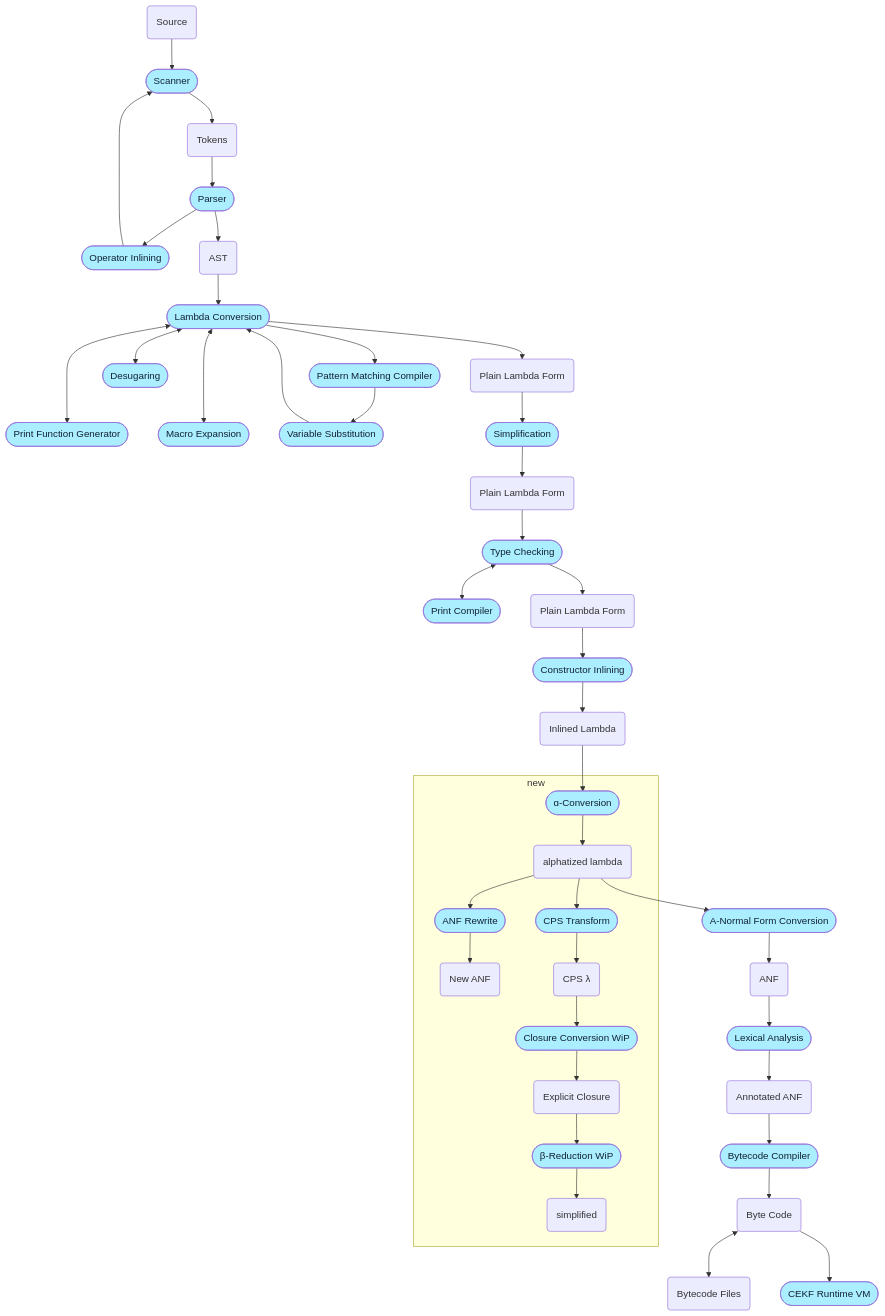
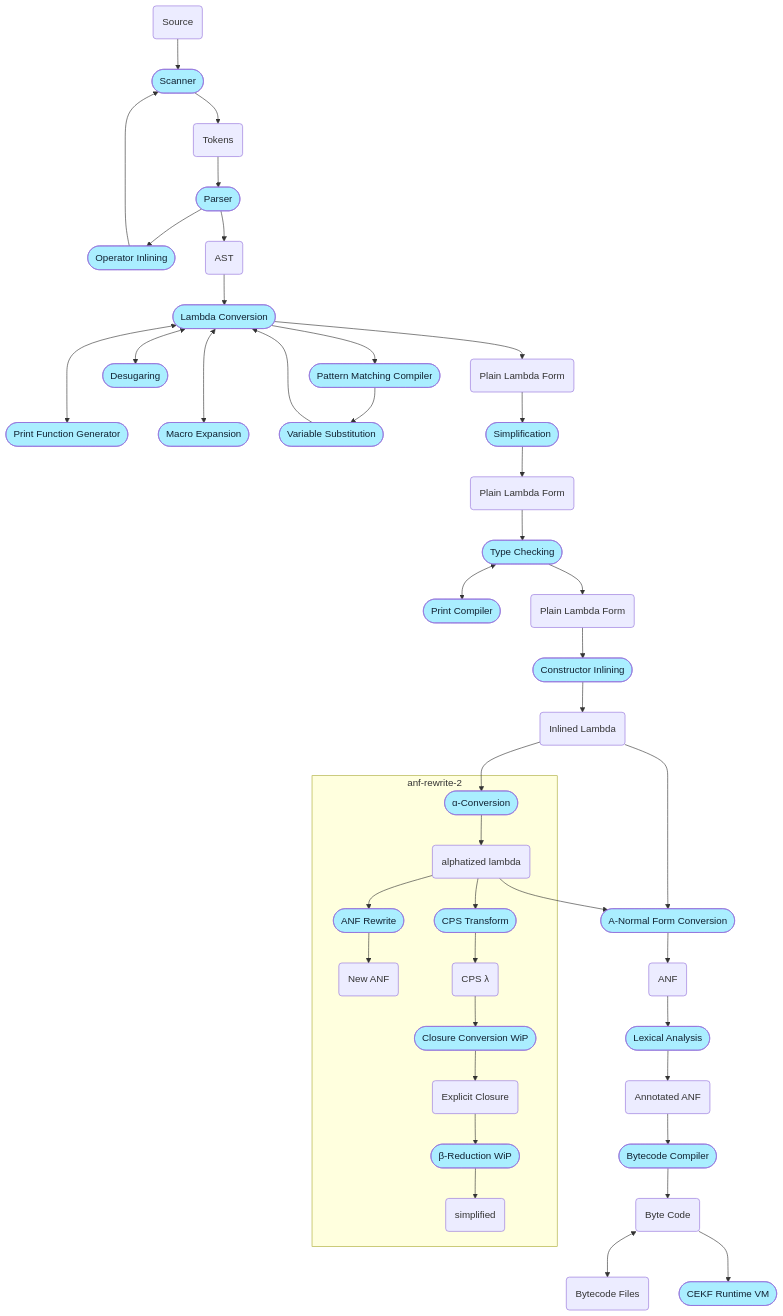
The diagram in README.md (billhails/CEKF), drawn with Mermaid before and after one commit. The commit also changed other lines of this file, not shown here.

````diff
--- a/README.md
+++ b/README.md
@@ -75,47 +75,48 @@
 ```mermaid
 flowchart TD
 classDef process fill:#aef,color:#123;
 source(Source) -->
 scanner([Scanner]):::process -->
 tokens(Tokens) -->
 parser([Parser]):::process
 parser --> oi([Operator Inlining]):::process
 oi --> scanner
 parser --> ast(AST) -->
 lc([Lambda Conversion]):::process --> tpmc([Pattern Matching Compiler]):::process
 lc <---> pg([Print Function Generator]):::process
 lc <---> me([Macro Expansion]):::process
 tpmc --> vs([Variable Substitution]):::process
 vs --> lc
 lc <--> des([Desugaring]):::process
 lc --> lambda0(Plain Lambda Form)
 lambda0 --> sim([Simplification]):::process
 sim --> lambda1(Plain Lambda Form)
 lambda1 --> tc([Type Checking]):::process
 tc <--> pc([Print Compiler]):::process
 tc --> lambda2(Plain Lambda Form)
 lambda2 --> ci([Constructor Inlining]):::process
 ci --> lambda3(Inlined Lambda)
-subgraph new
-alpha(["ɑ-Conversion"]):::process
-alpha --> lambda_a(alphatized lambda)
-lambda_a --> anfr([ANF Rewrite]):::process
-anfr --> lambda_b(New ANF)
+subgraph anf-rewrite-2
+   alpha(["ɑ-Conversion"]):::process
+   alpha --> lambda_a(alphatized lambda)
+   lambda_a --> anfr([ANF Rewrite]):::process
+   anfr --> lambda_b(New ANF)
 
-lambda_a --> cps([CPS Transform]):::process
-cps --> lambda_e("CPS λ")
-lambda_e --> cloc([Closure Conversion WiP]):::process
-cloc --> lambda_c(Explicit Closure)
-lambda_c --> betar(["β-Reduction WiP"]):::process
-betar --> lambda_d(simplified)
+   lambda_a --> cps([CPS Transform]):::process
+   cps --> lambda_e("CPS λ")
+   lambda_e --> cloc([Closure Conversion WiP]):::process
+   cloc --> lambda_c(Explicit Closure)
+   lambda_c --> betar(["β-Reduction WiP"]):::process
+   betar --> lambda_d(simplified)
 end
 lambda3 --> alpha
+lambda3 --> anfc
 lambda_a --> anfc([A-Normal Form Conversion]):::process
 anfc --> anf(ANF)
 anf --> lexa([Lexical Analysis]):::process
 lexa --> ann(Annotated ANF)
 ann --> bcc([Bytecode Compiler]):::process
 bcc --> bc(Byte Code)
 bc <--> bcf(Bytecode Files)
 bc --> cekf([CEKF Runtime VM]):::process
 ```
````
